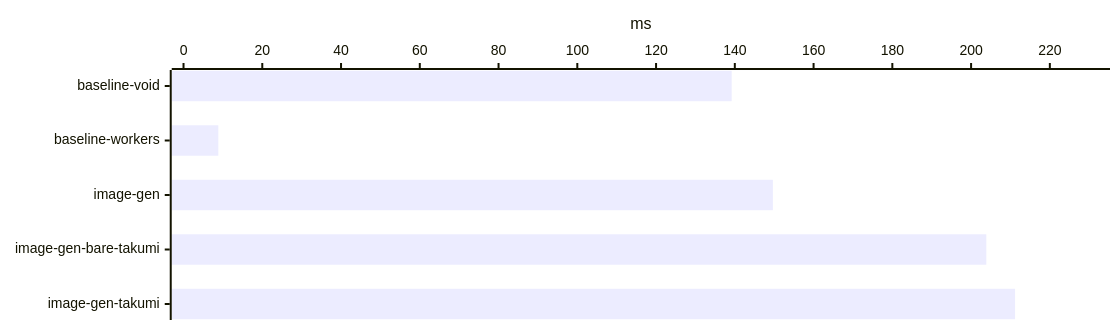
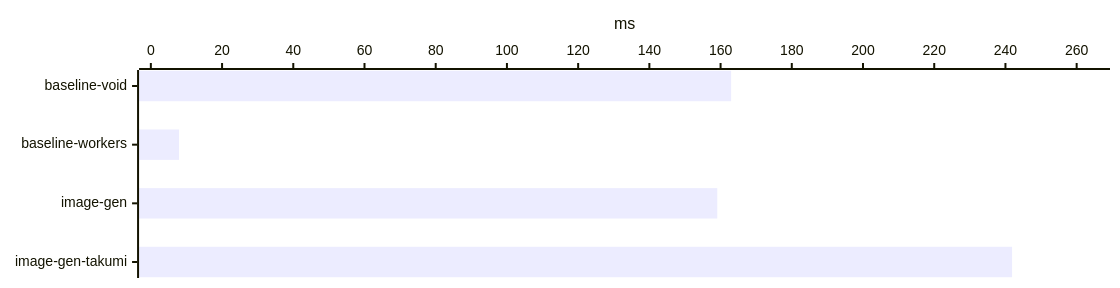
One commit to voidzero-dev/void changed the third of 25 diagrams in benchmark/report.md. Above: the diagram before and after it, drawn with Mermaid. The commit also changed other lines of this file and 6 other files, not shown here.

````diff
--- a/benchmark/report.md
+++ b/benchmark/report.md
@@ -72,12 +70,12 @@
 ```mermaid
 ---
 config:
   xyChart:
     width: 1100
-    height: 310
+    height: 268
 ---
 xychart-beta horizontal
-    x-axis ["baseline-void", "baseline-workers", "image-gen", "image-gen-bare-takumi", "image-gen-takumi"]
-    y-axis "ms" 0 --> 232.28333
-    bar [139.2, 8.8333333, 149.66667, 203.86667, 211.16667]
+    x-axis ["baseline-void", "baseline-workers", "image-gen", "image-gen-takumi"]
+    y-axis "ms" 0 --> 266.05333
+    bar [162.96667, 7.9, 159.06667, 241.86667]
 ```
````
